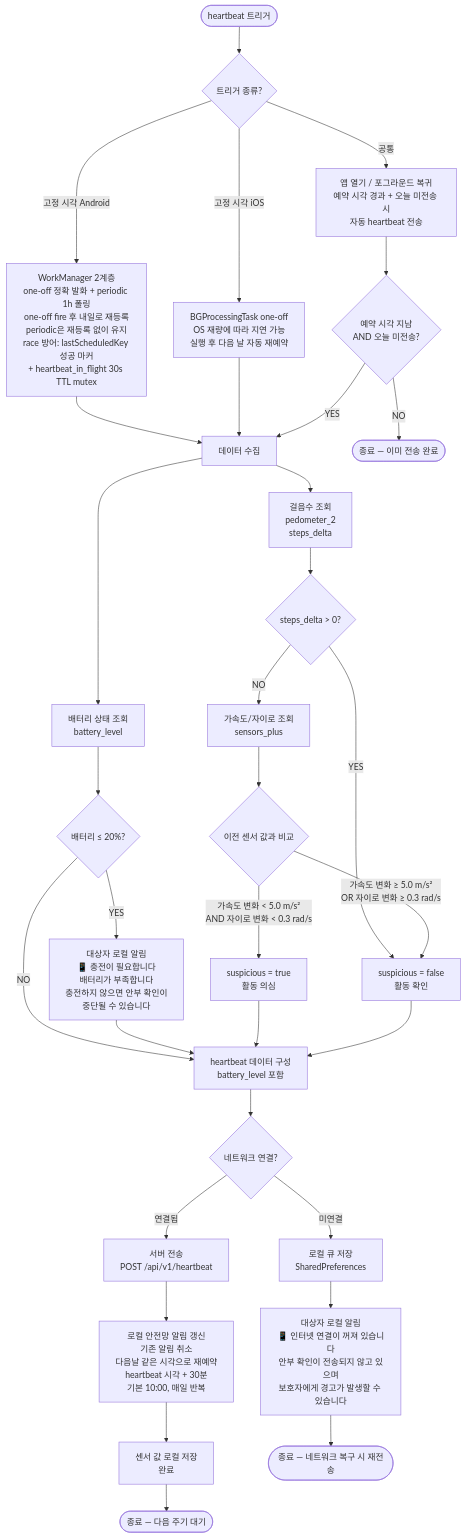
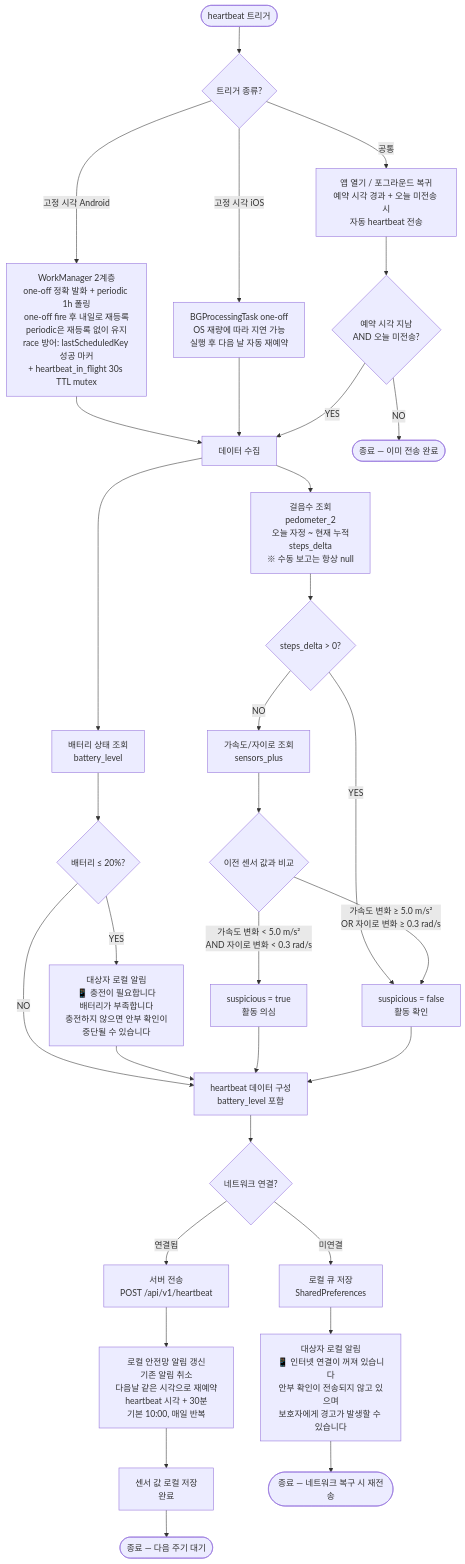
Before and after one commit to l10s18bok/kr.co.anbucheck: the first of 8 diagrams in .claude/rules/heartbeat_flowchart.md, drawn with Mermaid. The commit also changed other lines of this file and 2 other files, not shown here.

First line of the commit message:
문서: 걸음수 측정 자정~현재 전환 + 수동 보고 1일 1회 + 알림 표시 등급 반영

````diff
--- a/.claude/rules/heartbeat_flowchart.md
+++ b/.claude/rules/heartbeat_flowchart.md
@@ -25,54 +25,54 @@
 ```mermaid
 flowchart TD
     Start([heartbeat 트리거])
     Start --> Trigger
 
     Trigger{트리거 종류?}
     Trigger -->|고정 시각 Android| WM[WorkManager 2계층<br/>one-off 정확 발화 + periodic 1h 폴링<br/>one-off fire 후 내일로 재등록<br/>periodic은 재등록 없이 유지<br/>race 방어: lastScheduledKey 성공 마커<br/>+ heartbeat_in_flight 30s TTL mutex]
     Trigger -->|고정 시각 iOS| BG[BGProcessingTask one-off<br/>OS 재량에 따라 지연 가능<br/>실행 후 다음 날 자동 재예약]
     Trigger -->|공통| FG[앱 열기 / 포그라운드 복귀<br/>예약 시각 경과 + 오늘 미전송 시<br/>자동 heartbeat 전송]
 
     WM --> Collect
     BG --> Collect
     FG --> FGCheck{예약 시각 지남<br/>AND 오늘 미전송?}
     FGCheck -->|YES| Collect
     FGCheck -->|NO| End0([종료 — 이미 전송 완료])
 
     Collect[데이터 수집]
-    Collect --> Steps[걸음수 조회<br/>pedometer_2<br/>steps_delta]
+    Collect --> Steps[걸음수 조회<br/>pedometer_2<br/>오늘 자정 ~ 현재 누적<br/>steps_delta<br/>※ 수동 보고는 항상 null]
     Collect --> Battery[배터리 상태 조회<br/>battery_level]
 
     Steps --> StepsCheck{steps_delta > 0?}
     StepsCheck -->|YES| Normal[suspicious = false<br/>활동 확인]
     StepsCheck -->|NO| Sensor[가속도/자이로 조회<br/>sensors_plus]
 
     Sensor --> Compare{이전 센서 값과 비교}
     Compare -->|가속도 변화 < 5.0 m/s²<br/>AND 자이로 변화 < 0.3 rad/s| Suspicious[suspicious = true<br/>활동 의심]
     Compare -->|가속도 변화 ≥ 5.0 m/s²<br/>OR 자이로 변화 ≥ 0.3 rad/s| Normal
 
     Battery --> BattCheck{배터리 ≤ 20%?}
     BattCheck -->|YES| SubjectNoti[대상자 로컬 알림<br/>📱 충전이 필요합니다<br/>배터리가 부족합니다<br/>충전하지 않으면 안부 확인이<br/>중단될 수 있습니다]
     BattCheck -->|NO| Build
 
     SubjectNoti --> Build
 
     Suspicious --> Build
     Normal --> Build
 
     Build[heartbeat 데이터 구성<br/>battery_level 포함]
 
     Build --> Network{네트워크 연결?}
 
     Network -->|연결됨| Send[서버 전송<br/>POST /api/v1/heartbeat]
     Network -->|미연결| Queue[로컬 큐 저장<br/>SharedPreferences]
 
     Queue --> LocalNoti1[대상자 로컬 알림<br/>📱 인터넷 연결이 꺼져 있습니다<br/>안부 확인이 전송되지 않고 있으며<br/>보호자에게 경고가 발생할 수 있습니다]
 
     Send --> AlarmReset[로컬 안전망 알림 갱신<br/>기존 알림 취소<br/>다음날 같은 시각으로 재예약<br/>heartbeat 시각 + 30분<br/>기본 10:00, 매일 반복]
 
     AlarmReset --> SaveEnd[센서 값 로컬 저장<br/>완료]
 
     SaveEnd --> End1([종료 — 다음 주기 대기])
 
     LocalNoti1 --> End2([종료 — 네트워크 복구 시 재전송])
 ```
````
